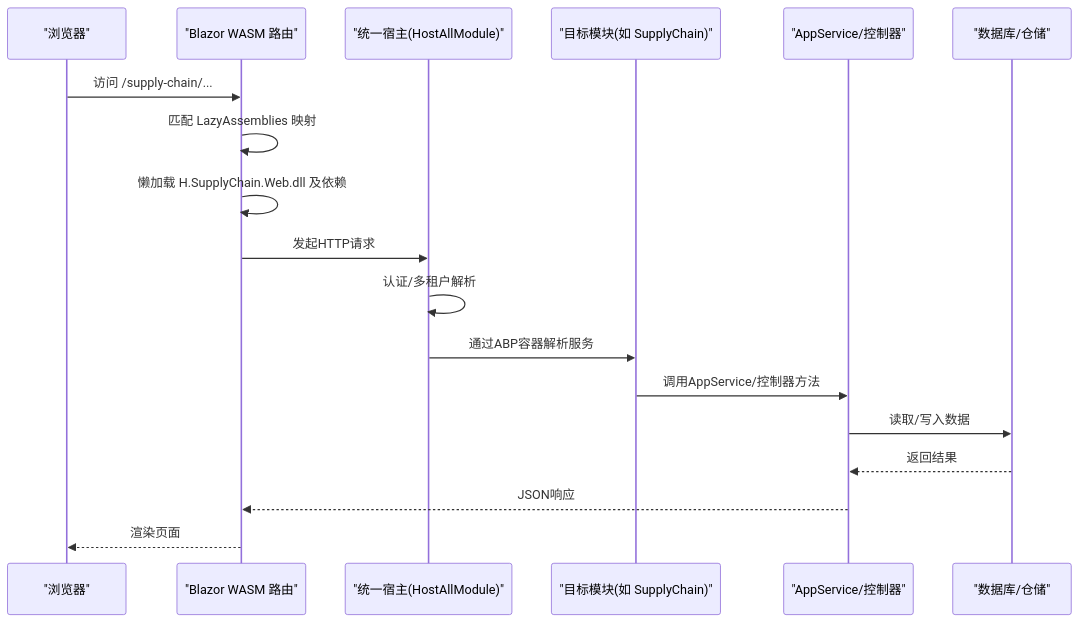
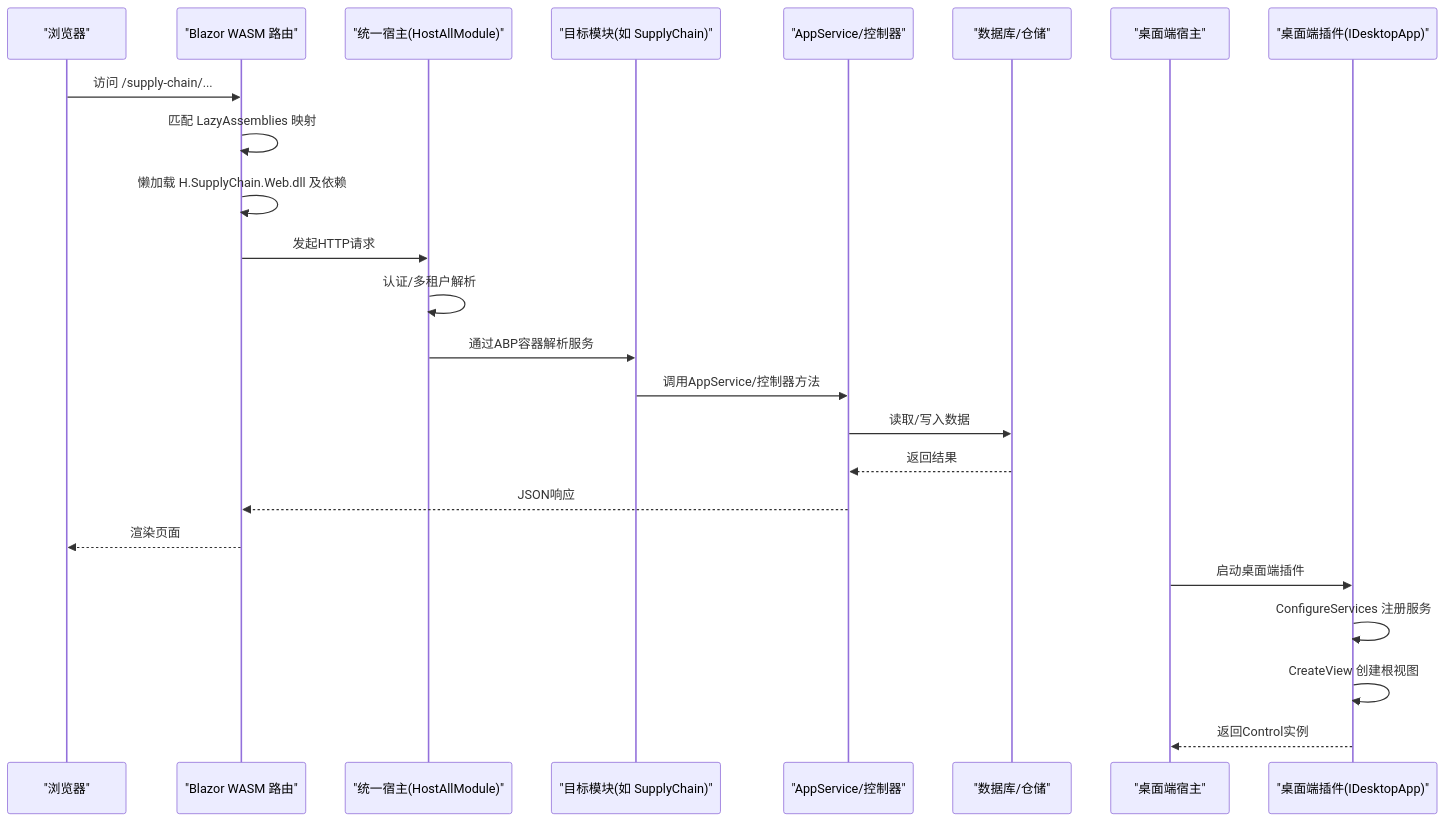
Before and after one commit to openlowcodelab/lowcode: the second of 11 diagrams in .qoder/repowiki/zh/content/扩展开发/插件系统开发.md, drawn with Mermaid. The commit also changed other lines of this file and 31 other files, not shown here.

Commit message:
H.AppLab.Desktop.Host 界面调整

````diff
--- a/.qoder/repowiki/zh/content/扩展开发/插件系统开发.md
+++ b/.qoder/repowiki/zh/content/扩展开发/插件系统开发.md
@@ -87,20 +111,26 @@
 ```mermaid
 sequenceDiagram
 participant Browser as "浏览器"
 participant WASM as "Blazor WASM 路由"
 participant Host as "统一宿主(HostAllModule)"
 participant Module as "目标模块(如 SupplyChain)"
 participant API as "AppService/控制器"
 participant DB as "数据库/仓储"
+participant DesktopHost as "桌面端宿主"
+participant DesktopApp as "桌面端插件(IDesktopApp)"
 Browser->>WASM : 访问 /supply-chain/...
 WASM->>WASM : 匹配 LazyAssemblies 映射
 WASM->>WASM : 懒加载 H.SupplyChain.Web.dll 及依赖
 WASM->>Host : 发起HTTP请求
 Host->>Host : 认证/多租户解析
 Host->>Module : 通过ABP容器解析服务
 Module->>API : 调用AppService/控制器方法
 API->>DB : 读取/写入数据
 DB-->>API : 返回结果
 API-->>WASM : JSON响应
 WASM-->>Browser : 渲染页面
+DesktopHost->>DesktopApp : 启动桌面端插件
+DesktopApp->>DesktopApp : ConfigureServices 注册服务
+DesktopApp->>DesktopApp : CreateView 创建根视图
+DesktopApp-->>DesktopHost : 返回Control实例
 ```
````
